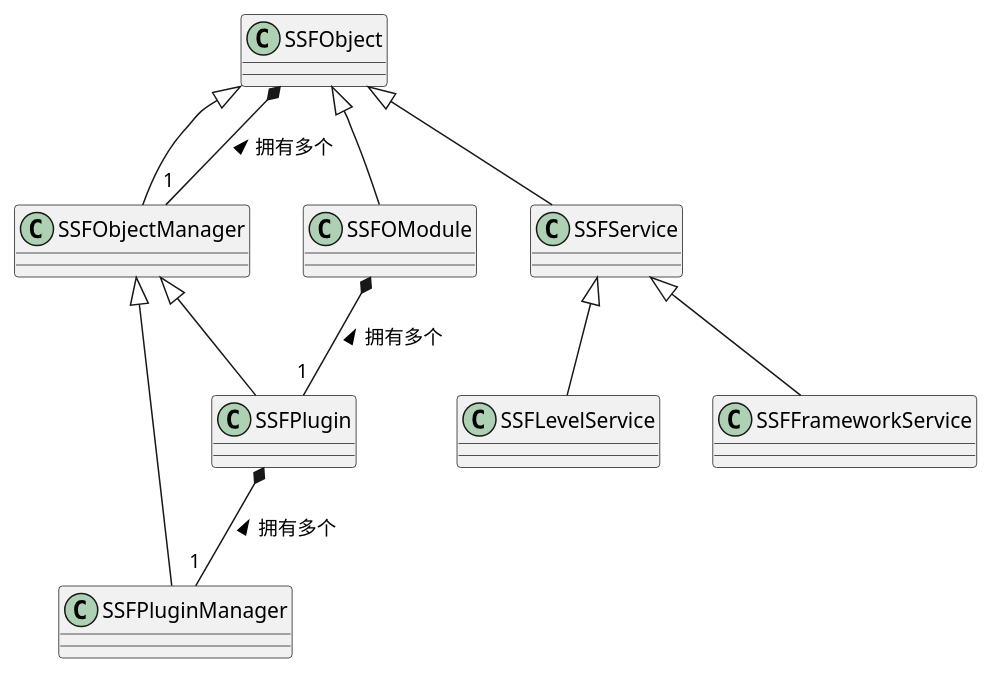
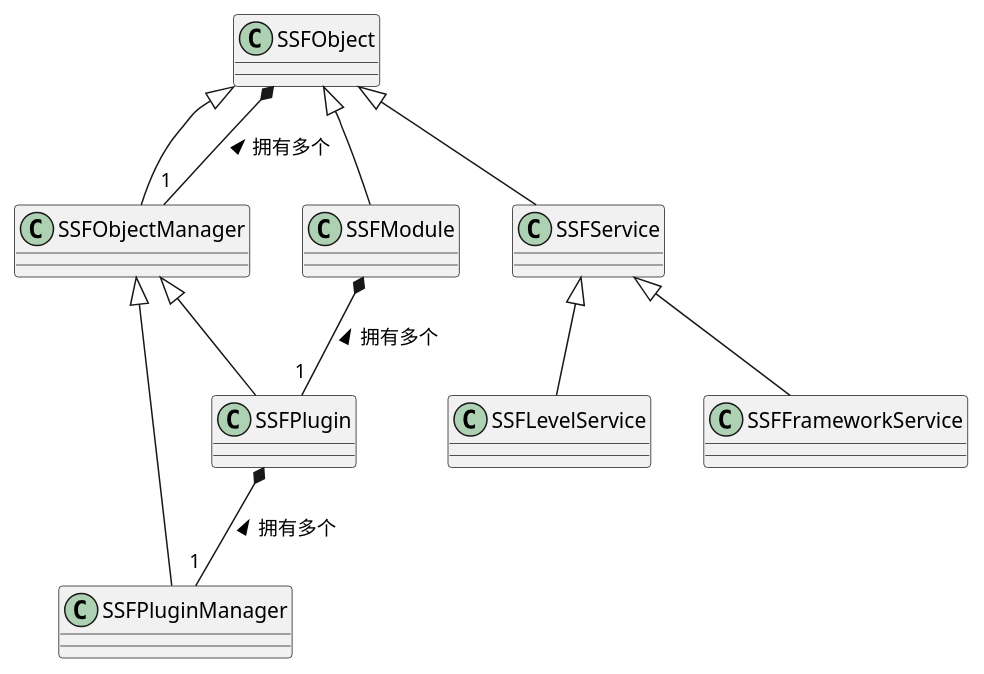
One commit to xcyh410713847/SkywalkerGameServer changed the diagram in SkywalkerServerFramework/SkywalkerServerFramework.plantuml. Above: the diagram before and after it, drawn with PlantUML. The commit also changed 14 other files, not shown here.

```diff
--- a/SkywalkerServerFramework/SkywalkerServerFramework.plantuml
+++ b/SkywalkerServerFramework/SkywalkerServerFramework.plantuml
@@ -1,59 +1,59 @@
 @startuml SkywalkerServerFramework
 
 class SSFObject
 {
 }
 
 '继承自 SSFObject
 SSFObject <|-- SSFObjectManager
-SSFObject <|-- SSFOModule
+SSFObject <|-- SSFModule
 SSFObject <|-- SSFService
 class SSFObjectManager
 {
 
 }
 
 ' SSFObject 与 SSFObjectManager
 SSFObject *-- "1" SSFObjectManager : "拥有多个 <"
 
-class SSFOModule
+class SSFModule
 {
 
 }
 
-' SSFOModule 与 SSFPlugin
-SSFOModule *-- "1" SSFPlugin : "拥有多个 <"
+' SSFModule 与 SSFPlugin
+SSFModule *-- "1" SSFPlugin : "拥有多个 <"
 
 class SSFService
 {
 
 }
 
 '继承自 SSFObjectManager
 SSFObjectManager <|-- SSFPlugin
 SSFObjectManager <|-- SSFPluginManager
 class SSFPlugin
 {
 
 }
 
 class SSFPluginManager
 {
 
 }
 
 ' SSFPlugin 与 SSFPluginManager
 SSFPlugin *-- "1" SSFPluginManager : "拥有多个 <"
 
 '继承自 SSFOService
 SSFService <|-- SSFFrameworkService
 SSFService <|-- SSFLevelService
 class SSFFrameworkService
 {
 }
 
 class SSFLevelService
 {
 }
 
 @enduml
```
